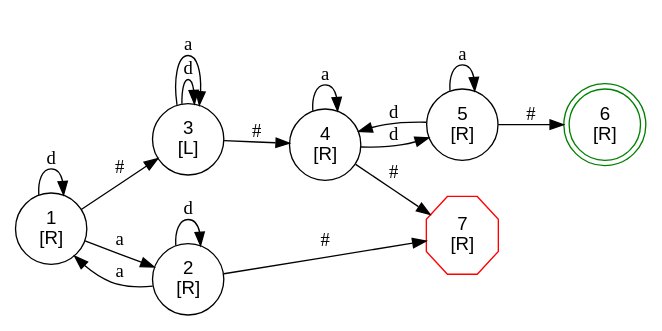
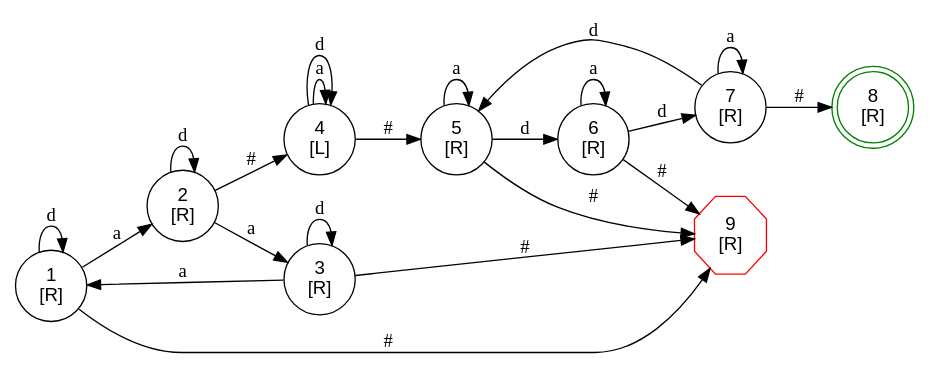
Before and after one commit to kokobabe99/turing_point: the diagram in fsm.dot, drawn with Graphviz. The commit also changed 1 other file, not shown here.

```diff
--- a/fsm.dot
+++ b/fsm.dot
@@ -1,25 +1,33 @@
 digraph FSM {
   rankdir=LR; node [shape=circle, fontname="Arial"];
   1 [label="1\n[R]", shape=circle];
+  1 -> 2 [label="a"];
   1 -> 1 [label="d"];
-  1 -> 3 [label="#"];
-  1 -> 2 [label="a"];
+  1 -> 9 [label="#"];
   2 [label="2\n[R]", shape=circle];
-  2 -> 1 [label="a"];
+  2 -> 3 [label="a"];
   2 -> 2 [label="d"];
-  2 -> 7 [label="#"];
-  3 [label="3\n[L]", shape=circle];
+  2 -> 4 [label="#"];
+  3 [label="3\n[R]", shape=circle];
+  3 -> 1 [label="a"];
   3 -> 3 [label="d"];
-  3 -> 4 [label="#"];
-  3 -> 3 [label="a"];
-  4 [label="4\n[R]", shape=circle];
+  3 -> 9 [label="#"];
+  4 [label="4\n[L]", shape=circle];
   4 -> 4 [label="a"];
-  4 -> 5 [label="d"];
-  4 -> 7 [label="#"];
+  4 -> 4 [label="d"];
+  4 -> 5 [label="#"];
   5 [label="5\n[R]", shape=circle];
-  5 -> 4 [label="d"];
   5 -> 5 [label="a"];
-  5 -> 6 [label="#"];
-  6 [label="6\n[R]", shape=doublecircle, color="green"];
-  7 [label="7\n[R]", shape=octagon, color="red"];
+  5 -> 9 [label="#"];
+  5 -> 6 [label="d"];
+  6 [label="6\n[R]", shape=circle];
+  6 -> 7 [label="d"];
+  6 -> 6 [label="a"];
+  6 -> 9 [label="#"];
+  7 [label="7\n[R]", shape=circle];
+  7 -> 5 [label="d"];
+  7 -> 7 [label="a"];
+  7 -> 8 [label="#"];
+  8 [label="8\n[R]", shape=doublecircle, color="green"];
+  9 [label="9\n[R]", shape=octagon, color="red"];
 }
```
